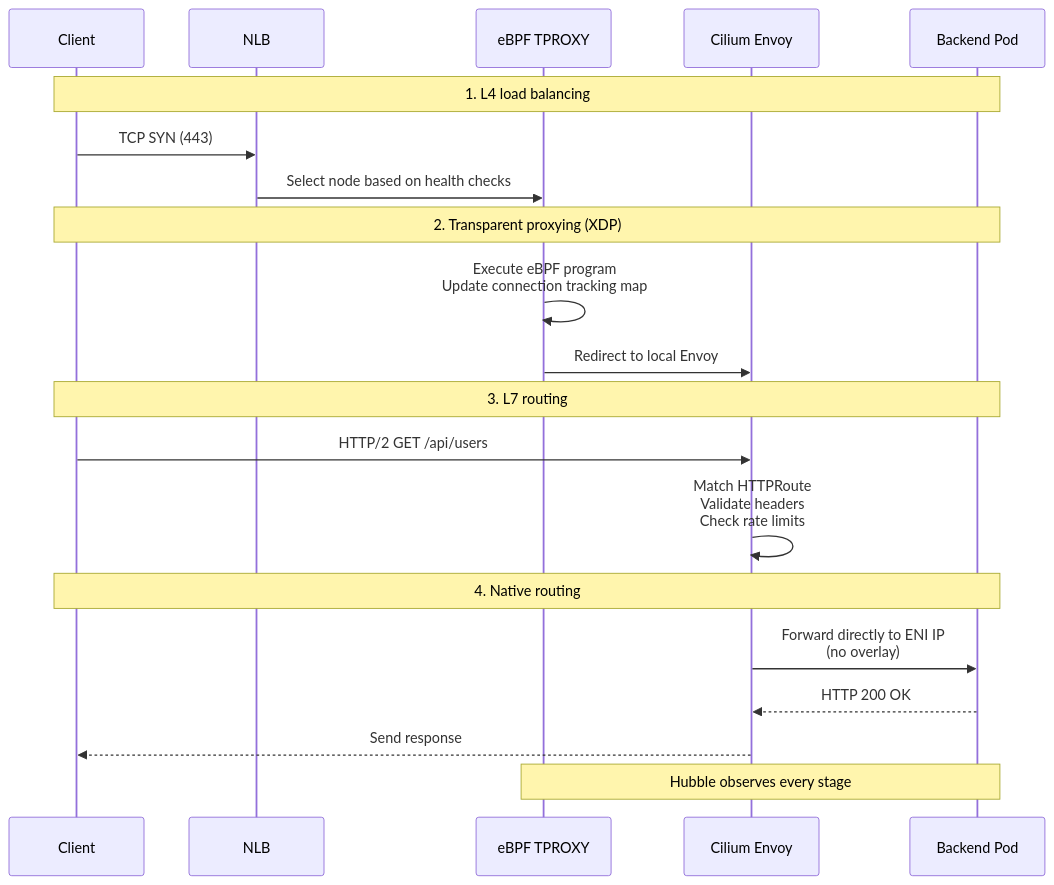
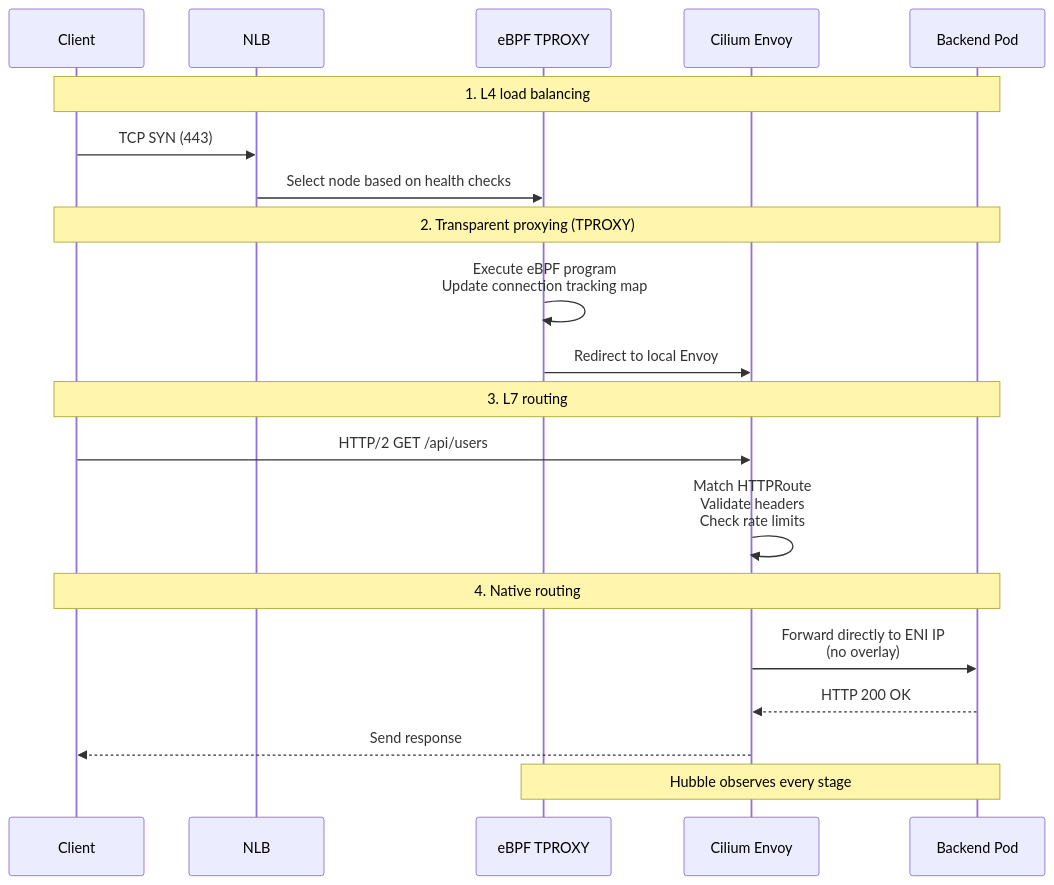
The third of 6 diagrams in i18n/en/docusaurus-plugin-content-docs/current/eks-best-practices/networking-performance/gateway-api-adoption-guide/cilium-eni-gateway-api.md (devfloor9/engineering-playbook), drawn with Mermaid before and after one commit. The commit also changed other lines of this file and 7 other files, not shown here.

````diff
--- a/i18n/en/docusaurus-plugin-content-docs/current/eks-best-practices/networking-performance/gateway-api-adoption-guide/cilium-eni-gateway-api.md
+++ b/i18n/en/docusaurus-plugin-content-docs/current/eks-best-practices/networking-performance/gateway-api-adoption-guide/cilium-eni-gateway-api.md
@@ -185,27 +185,27 @@
 ```mermaid
 sequenceDiagram
     participant C as Client
     participant NLB as NLB
     participant TPROXY as eBPF TPROXY
     participant ENVOY as Cilium Envoy
     participant POD as Backend Pod
 
     Note over C,POD: 1. L4 load balancing
     C->>NLB: TCP SYN (443)
     NLB->>TPROXY: Select node based on health checks
 
-    Note over C,POD: 2. Transparent proxying (XDP)
+    Note over C,POD: 2. Transparent proxying (TPROXY)
     TPROXY->>TPROXY: Execute eBPF program<br/>Update connection tracking map
     TPROXY->>ENVOY: Redirect to local Envoy
 
     Note over C,POD: 3. L7 routing
     C->>ENVOY: HTTP/2 GET /api/users
     ENVOY->>ENVOY: Match HTTPRoute<br/>Validate headers<br/>Check rate limits
 
     Note over C,POD: 4. Native routing
     ENVOY->>POD: Forward directly to ENI IP<br/>(no overlay)
     POD-->>ENVOY: HTTP 200 OK
     ENVOY-->>C: Send response
 
     Note over TPROXY,POD: Hubble observes every stage
 ```
````
